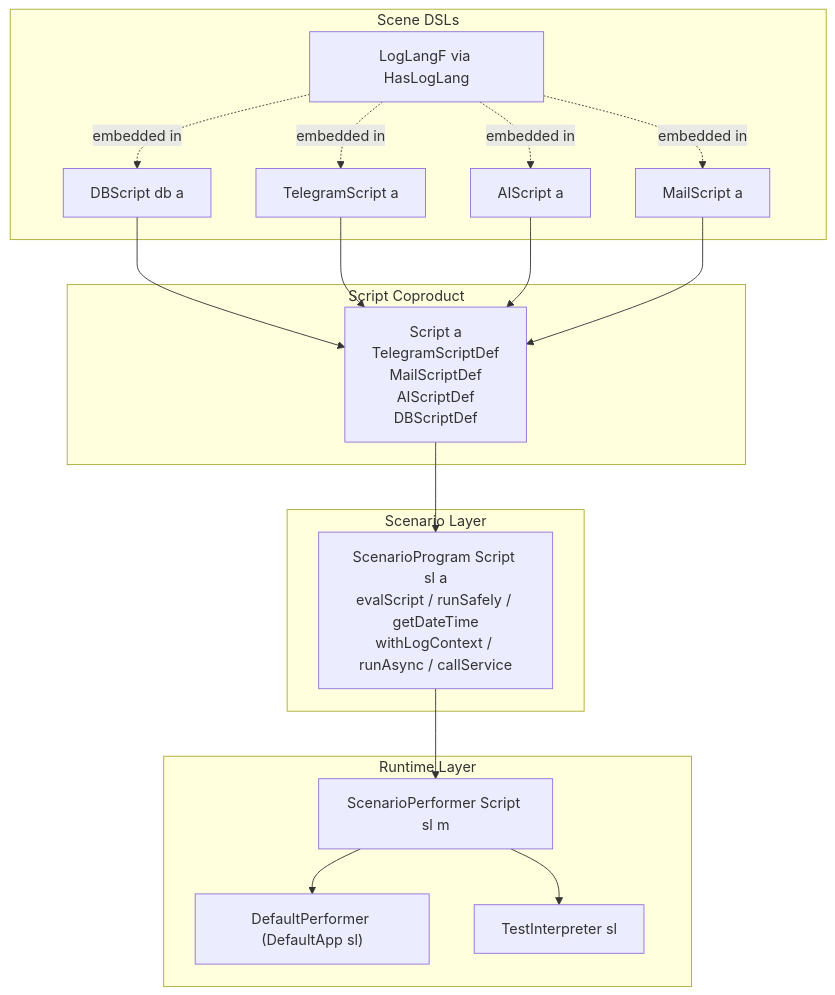
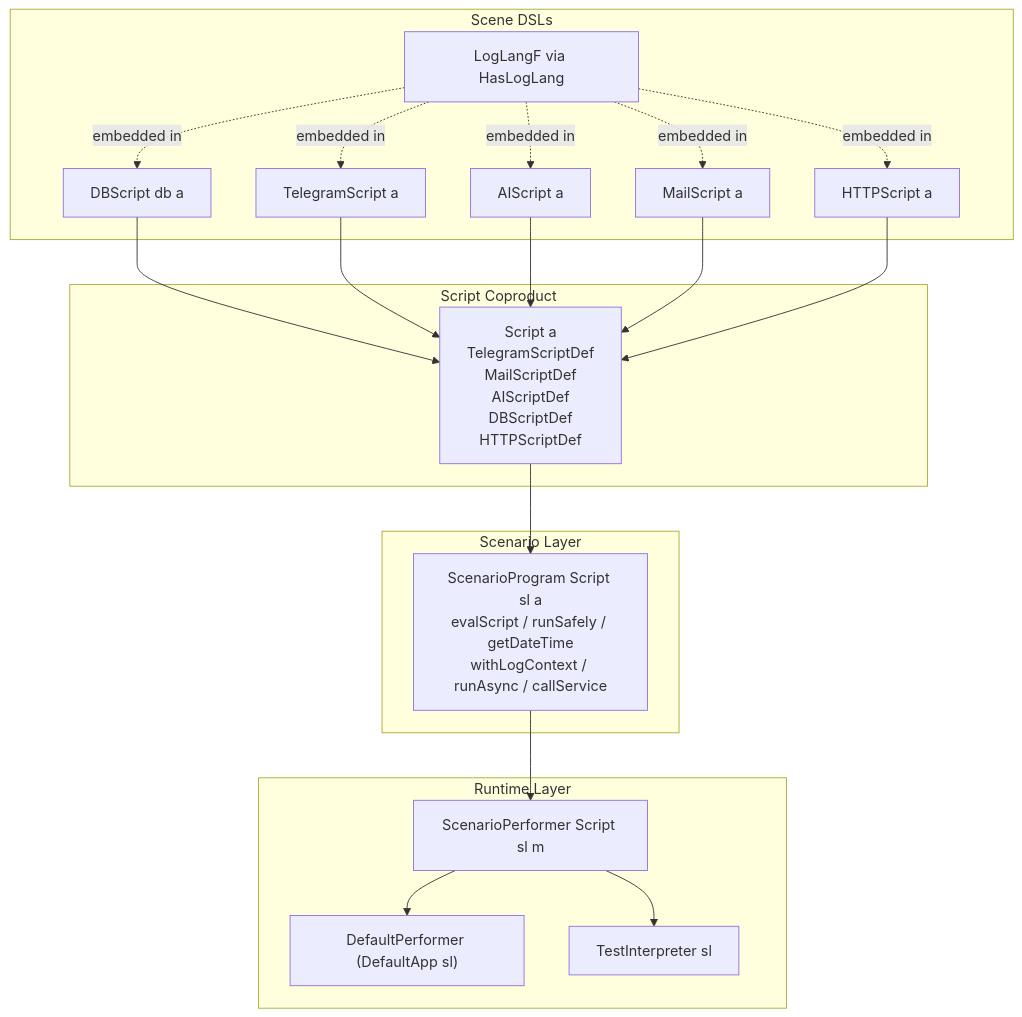
Before and after one commit to BenefitWizard/lazy-circus: the diagram in docs/skills/lazy-circus/reference/scenarios.md, drawn with Mermaid. The commit also changed other lines of this file and 18 other files, not shown here.

````diff
--- a/docs/skills/lazy-circus/reference/scenarios.md
+++ b/docs/skills/lazy-circus/reference/scenarios.md
@@ -11,37 +11,40 @@
 ```mermaid
 flowchart TB
     subgraph Scene["Scene DSLs"]
         DB["DBScript db a"]
         TG["TelegramScript a"]
         AI["AIScript a"]
         MAIL["MailScript a"]
+        HTTP["HTTPScript a"]
         LOG["LogLangF via HasLogLang"]
     end
 
     subgraph ScriptLayer["Script Coproduct"]
-        SCRIPT["Script a<br/>TelegramScriptDef<br/>MailScriptDef<br/>AIScriptDef<br/>DBScriptDef"]
+        SCRIPT["Script a<br/>TelegramScriptDef<br/>MailScriptDef<br/>AIScriptDef<br/>DBScriptDef<br/>HTTPScriptDef"]
     end
 
     subgraph ScenarioLayer["Scenario Layer"]
         SCEN["ScenarioProgram Script sl a<br/>evalScript / runSafely / getDateTime<br/>withLogContext / runAsync / callService"]
     end
 
     subgraph Runtime["Runtime Layer"]
         PERF["ScenarioPerformer Script sl m"]
         DEF["DefaultPerformer (DefaultApp sl)"]
         TEST["TestInterpreter sl"]
     end
 
     DB --> SCRIPT
     TG --> SCRIPT
     AI --> SCRIPT
     MAIL --> SCRIPT
+    HTTP --> SCRIPT
     LOG -.->|embedded in| DB
     LOG -.->|embedded in| TG
     LOG -.->|embedded in| AI
     LOG -.->|embedded in| MAIL
+    LOG -.->|embedded in| HTTP
     SCRIPT --> SCEN
     SCEN --> PERF
     PERF --> DEF
     PERF --> TEST
 ```
````
